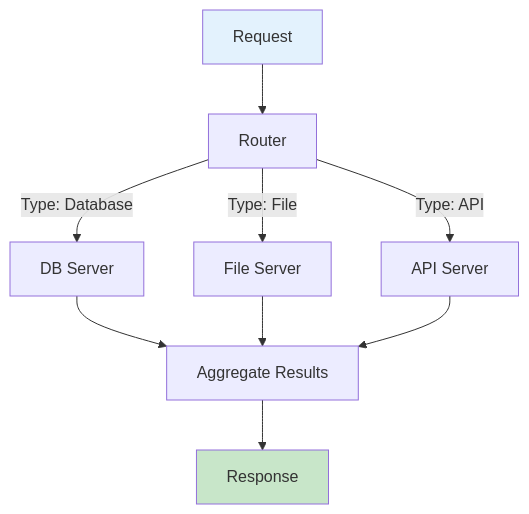
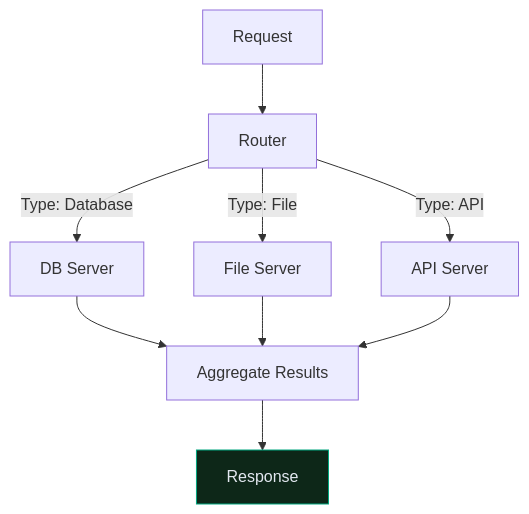
One commit to CagriCatik/claude-ollama-coder changed the second of 2 diagrams in docs/06_MCP-Advanded.md. Above: the diagram before and after it, drawn with Mermaid. The commit also changed other lines of this file and 16 other files, not shown here.

````diff
--- a/docs/06_MCP-Advanded.md
+++ b/docs/06_MCP-Advanded.md
@@ -624,17 +624,16 @@
 ```mermaid
 graph TB
     A["Request"] --> B["Router"]
     
     B -->|Type: Database| C["DB Server"]
     B -->|Type: File| D["File Server"]
     B -->|Type: API| E["API Server"]
     
     C --> F["Aggregate Results"]
     D --> F
     E --> F
     
     F --> G["Response"]
     
-    style A fill:#e3f2fd
-    style G fill:#c8e6c9
+    style G fill:#0d2718,stroke:#00a67e,color:#e2e8f0
 ```
````
